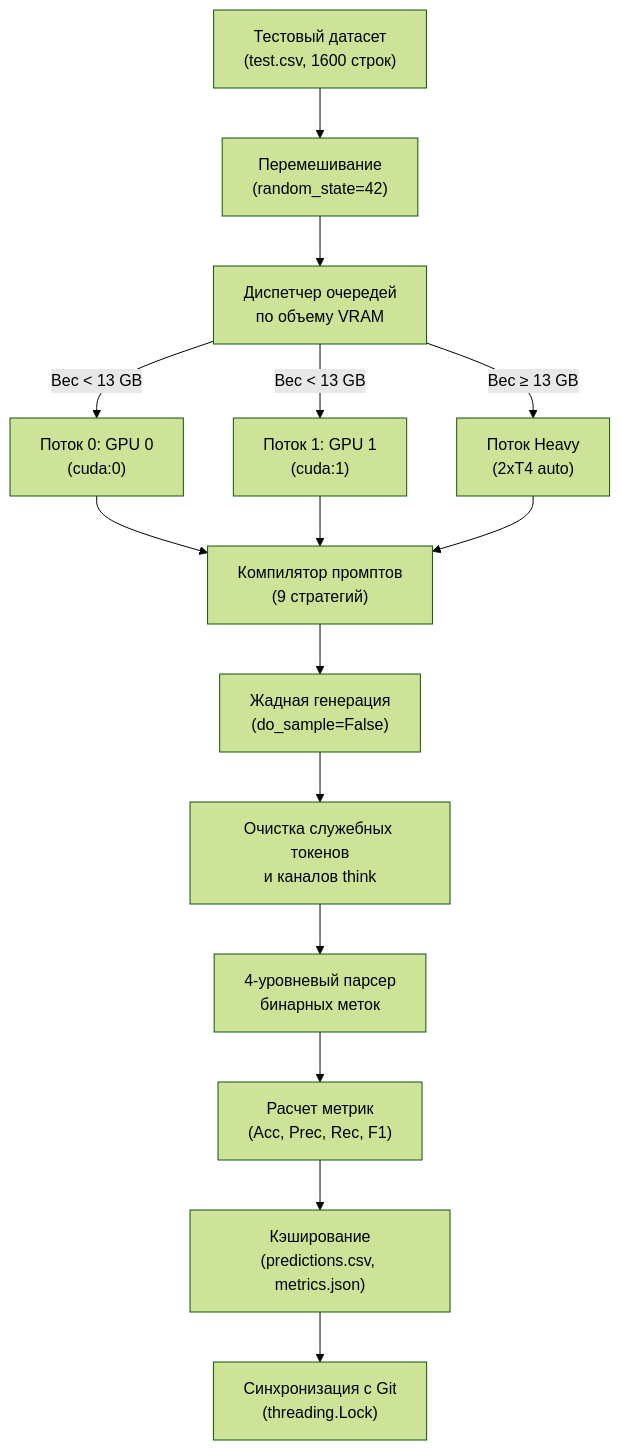
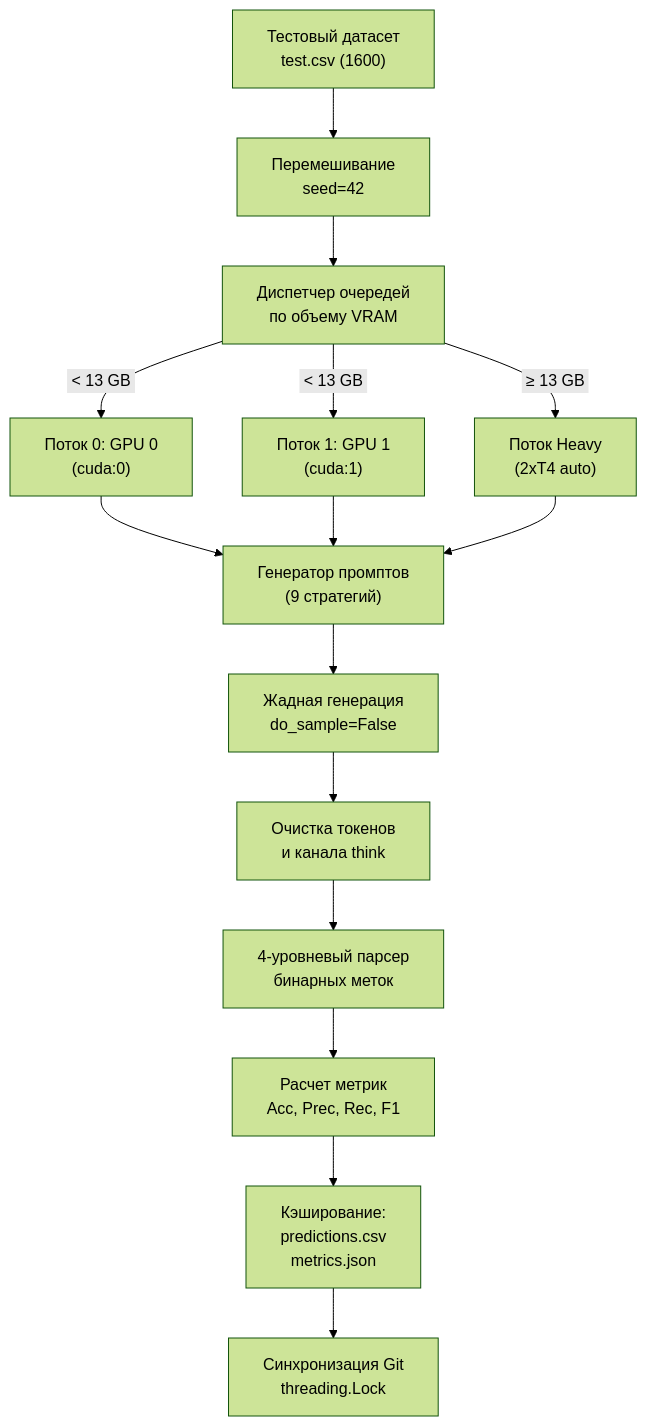
Before and after one commit to kvdep/Testing-local-LLMS-on-classification-tasks: the diagram in README.md, drawn with Mermaid (forest theme). The commit also changed other lines of this file and 4 other files, not shown here.

Commit message:
docs: clarify project scope, structure 12-model benchmark table, add 9-strategy scaling plot, fix mermaid padding

````diff
--- a/README.md
+++ b/README.md
@@ -196,21 +239,21 @@
 ```mermaid
 flowchart TD
-    Data["Тестовый датасет<br/>(test.csv, 1600 строк)"] --> Shuffler["Перемешивание<br/>(random_state=42)"]
-    Shuffler --> QueueManager["Диспетчер очередей<br/>по объему VRAM"]
+    Data["&nbsp;Тестовый датасет&nbsp;<br/>&nbsp;test.csv (1600)&nbsp;"] --> Shuffler["&nbsp;Перемешивание&nbsp;<br/>&nbsp;seed=42&nbsp;"]
+    Shuffler --> QueueManager["&nbsp;Диспетчер очередей&nbsp;<br/>&nbsp;по объему VRAM&nbsp;"]
     
-    QueueManager -->|"Вес &lt; 13 GB"| GPU0["Поток 0: GPU 0<br/>(cuda:0)"]
-    QueueManager -->|"Вес &lt; 13 GB"| GPU1["Поток 1: GPU 1<br/>(cuda:1)"]
-    QueueManager -->|"Вес &ge; 13 GB"| Heavy["Поток Heavy<br/>(2xT4 auto)"]
+    QueueManager -->|"&nbsp;&lt; 13 GB&nbsp;"| GPU0["&nbsp;Поток 0: GPU 0&nbsp;<br/>&nbsp;(cuda:0)&nbsp;"]
+    QueueManager -->|"&nbsp;&lt; 13 GB&nbsp;"| GPU1["&nbsp;Поток 1: GPU 1&nbsp;<br/>&nbsp;(cuda:1)&nbsp;"]
+    QueueManager -->|"&nbsp;&ge; 13 GB&nbsp;"| Heavy["&nbsp;Поток Heavy&nbsp;<br/>&nbsp;(2xT4 auto)&nbsp;"]
     
-    GPU0 --> PromptEngine["Компилятор промптов<br/>(9 стратегий)"]
+    GPU0 --> PromptEngine["&nbsp;Генератор промптов&nbsp;<br/>&nbsp;(9 стратегий)&nbsp;"]
     GPU1 --> PromptEngine
     Heavy --> PromptEngine
     
-    PromptEngine --> Generation["Жадная генерация<br/>(do_sample=False)"]
-    Generation --> CleanEngine["Очистка служебных токенов<br/>и каналов think"]
-    CleanEngine --> Parser["4-уровневый парсер<br/>бинарных меток"]
-    Parser --> MetricsEngine["Расчет метрик<br/>(Acc, Prec, Rec, F1)"]
+    PromptEngine --> Generation["&nbsp;Жадная генерация&nbsp;<br/>&nbsp;do_sample=False&nbsp;"]
+    Generation --> CleanEngine["&nbsp;Очистка токенов&nbsp;<br/>&nbsp;и канала think&nbsp;"]
+    CleanEngine --> Parser["&nbsp;4-уровневый парсер&nbsp;<br/>&nbsp;бинарных меток&nbsp;"]
+    Parser --> MetricsEngine["&nbsp;Расчет метрик&nbsp;<br/>&nbsp;Acc, Prec, Rec, F1&nbsp;"]
     
-    MetricsEngine --> Cache["Кэширование<br/>(predictions.csv, metrics.json)"]
-    Cache --> GitSync["Синхронизация с Git<br/>(threading.Lock)"]
+    MetricsEngine --> Cache["&nbsp;Кэширование:&nbsp;<br/>&nbsp;predictions.csv&nbsp;<br/>&nbsp;metrics.json&nbsp;"]
+    Cache --> GitSync["&nbsp;Синхронизация Git&nbsp;<br/>&nbsp;threading.Lock&nbsp;"]
 ```
````
